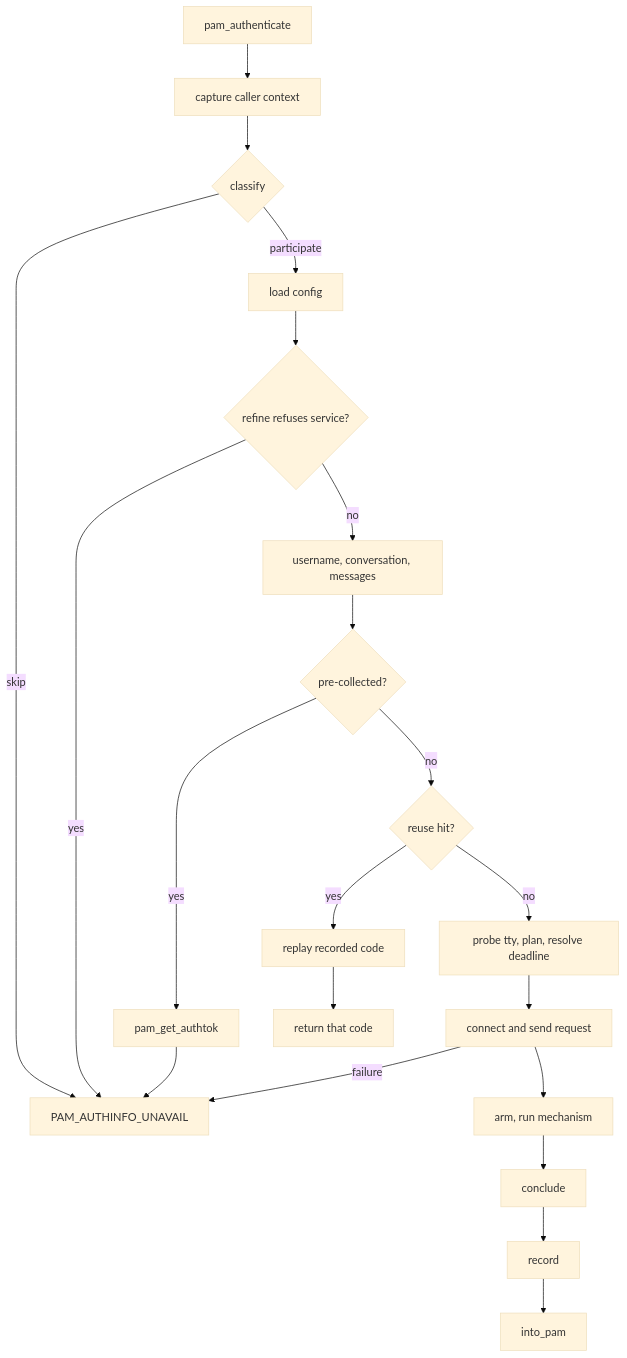
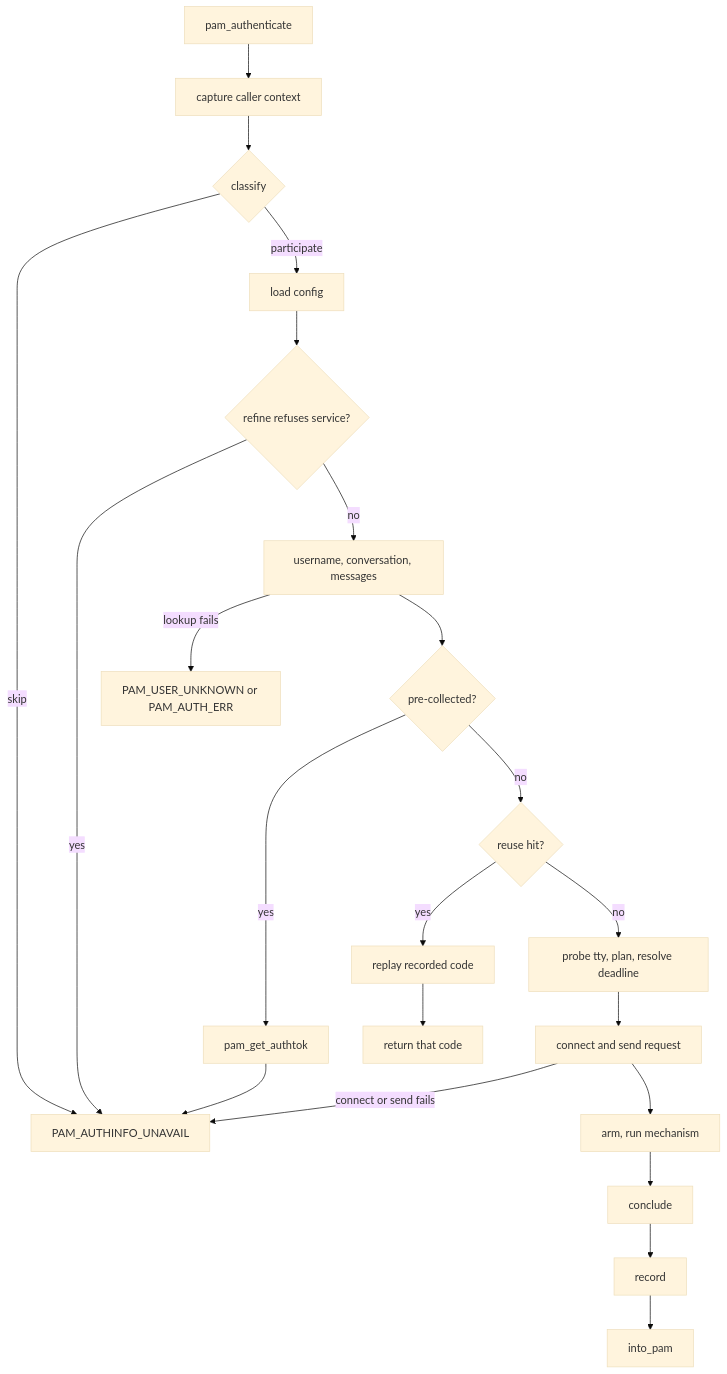
Before and after one commit to Lolle2000la/tapauth: the third of 8 diagrams in docs/design-documents/pam-conversation-policy.md, drawn with Mermaid (base theme). The commit also changed other lines of this file and 1 other file, not shown here.

Commit message:
docs: correct review findings in the PAM policy reference

````diff
--- a/docs/design-documents/pam-conversation-policy.md
+++ b/docs/design-documents/pam-conversation-policy.md
@@ -134,23 +134,24 @@
 ```mermaid
 flowchart TD
     A[pam_authenticate] --> B[capture caller context]
     B --> C{classify}
     C -- skip --> K[PAM_AUTHINFO_UNAVAIL]
     C -- participate --> D[load config]
     D --> E{refine refuses service?}
     E -- yes --> K
     E -- no --> F[username, conversation, messages]
+    F -- lookup fails --> Z[PAM_USER_UNKNOWN or PAM_AUTH_ERR]
     F --> G{pre-collected?}
     G -- yes --> H[pam_get_authtok]
     H --> K
     G -- no --> I{reuse hit?}
     I -- yes --> J[replay recorded code]
     J --> R[return that code]
     I -- no --> L[probe tty, plan, resolve deadline]
     L --> M[connect and send request]
-    M -- failure --> K
+    M -- connect or send fails --> K
     M --> N[arm, run mechanism]
     N --> O[conclude]
     O --> P[record]
     P --> Q[into_pam]
 ```
````
